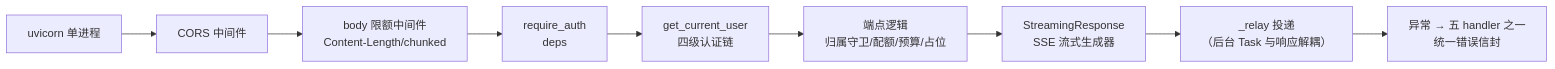
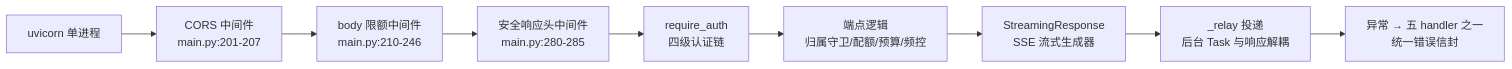
Before and after one commit to hershate/Deep-tutor: the second of 2 diagrams in note/06-API全览.md, drawn with Mermaid. The commit also changed other lines of this file and 14 other files, not shown here.

````diff
--- a/note/06-API全览.md
+++ b/note/06-API全览.md
@@ -75,11 +142,11 @@
 ```mermaid
 flowchart LR
-    A[uvicorn 单进程] --> B[CORS 中间件]
-    B --> C[body 限额中间件<br/>Content-Length/chunked]
-    C --> D[require_auth<br/>deps]
-    D --> E[get_current_user<br/>四级认证链]
-    E --> F[端点逻辑<br/>归属守卫/配额/预算/占位]
-    F --> G[StreamingResponse<br/>SSE 流式生成器]
-    G --> H["_relay 投递<br/>（后台 Task 与响应解耦）"]
-    H --> I[异常 → 五 handler 之一<br/>统一错误信封]
+    A["uvicorn 单进程"] --> B["CORS 中间件<br/>main.py:201-207"]
+    B --> C["body 限额中间件<br/>main.py:210-246"]
+    C --> D["安全响应头中间件<br/>main.py:280-285"]
+    D --> E["require_auth<br/>四级认证链"]
+    E --> F["端点逻辑<br/>归属守卫/配额/预算/频控"]
+    F --> G["StreamingResponse<br/>SSE 流式生成器"]
+    G --> H["_relay 投递<br/>后台 Task 与响应解耦"]
+    H --> I["异常 → 五 handler 之一<br/>统一错误信封"]
 ```
````
